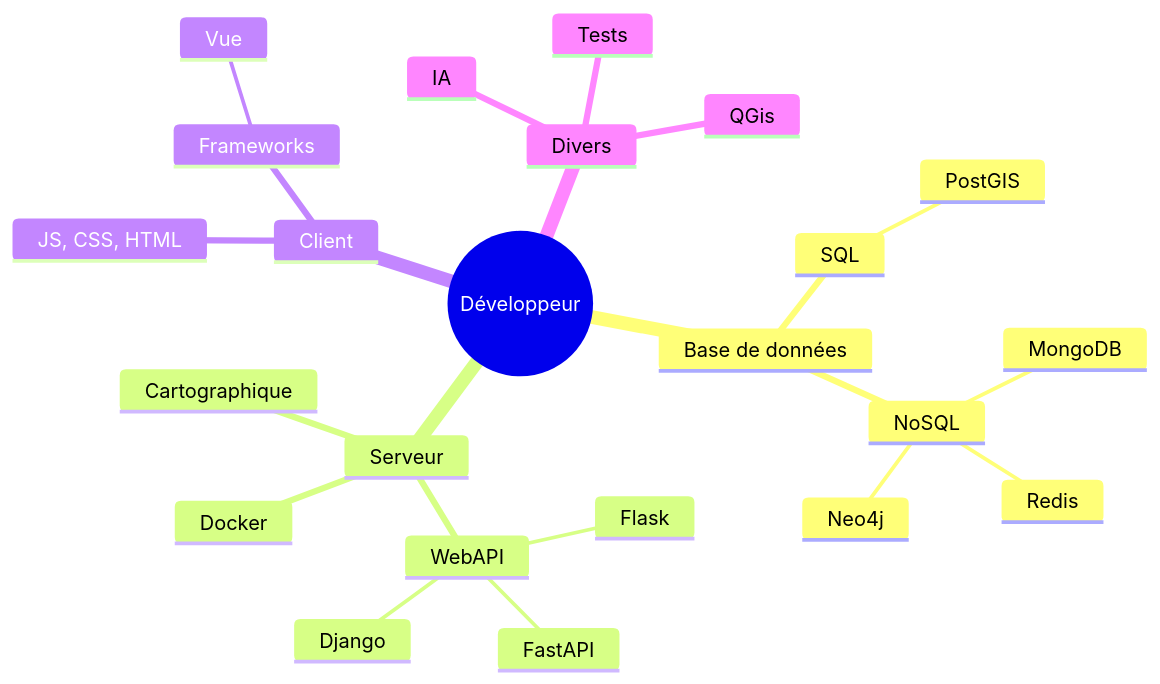
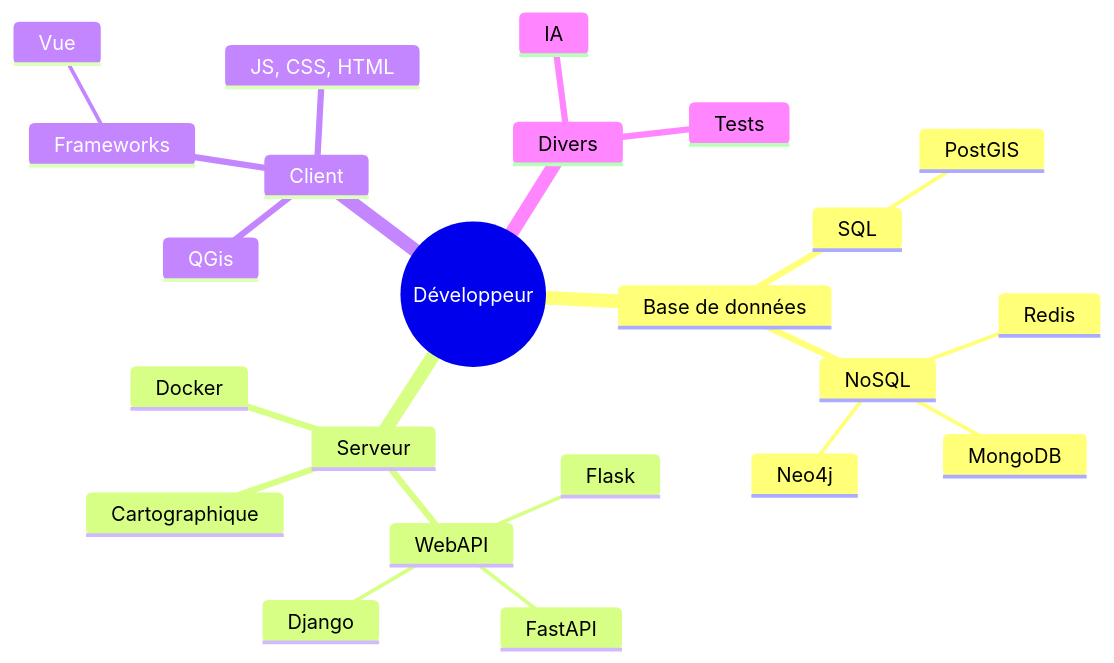
One commit to voirinprof/voirinprof.github.io changed the diagram in _pages/fr/index.md. Above: the diagram before and after it, drawn with Mermaid. The commit also changed other lines of this file and 65 other files, not shown here.

```diff
--- a/_pages/fr/index.md
+++ b/_pages/fr/index.md
@@ -17,41 +44,41 @@
 <pre class="mermaid">
       mindmap
   root((Développeur))
     :::firstblock
     Base de données
     :::secondblock
       SQL
       :::thirdblock
         PostGIS
       NoSQL
       :::thirdblock
         Redis
         MongoDB
         Neo4j
     Serveur
     :::secondblock
       Docker
       :::thirdblock
       WebAPI
       :::thirdblock
         Flask
         FastAPI
         Django
       Cartographique
       :::thirdblock
     Client
     :::secondblock
+      QGis
+      :::thirdblock
       JS, CSS, HTML
       :::thirdblock
       Frameworks
       :::thirdblock
         Vue
     Divers
     :::secondblock
       IA
-      :::thirdblock
-      QGis
-      :::thirdblock
+      :::thirdblock      
       Tests
       :::thirdblock
     </pre>
```
